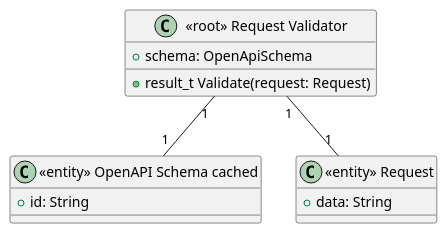
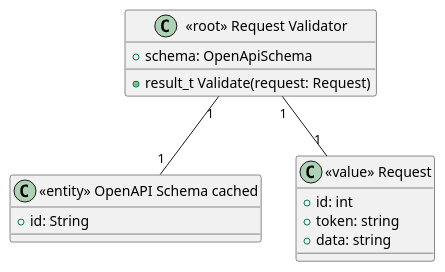
Before and after one commit to fanglores/Advanced-Software-Design: the diagram in PracticeTasks/Module2/Task_9/task9_reqvalidator.puml, drawn with PlantUML. The commit also changed 6 other files, not shown here.

```diff
--- a/PracticeTasks/Module2/Task_9/task9_reqvalidator.puml
+++ b/PracticeTasks/Module2/Task_9/task9_reqvalidator.puml
@@ -1,19 +1,21 @@
 @startuml
 
 class "<<root>> Request Validator" as validator {
   +schema: OpenApiSchema
   +result_t Validate(request: Request)
 }
 
 class "<<entity>> OpenAPI Schema cached" as apischema {
   +id: String
 }
 
-class "<<entity>> Request" as request {
-  +data: String
+class "<<value>> Request" as request {
+  +id: int
+  +token: string
+  +data: string
 }
 
 validator "1" -- "1" apischema
 validator "1" -- "1" request
 
 @enduml
```
